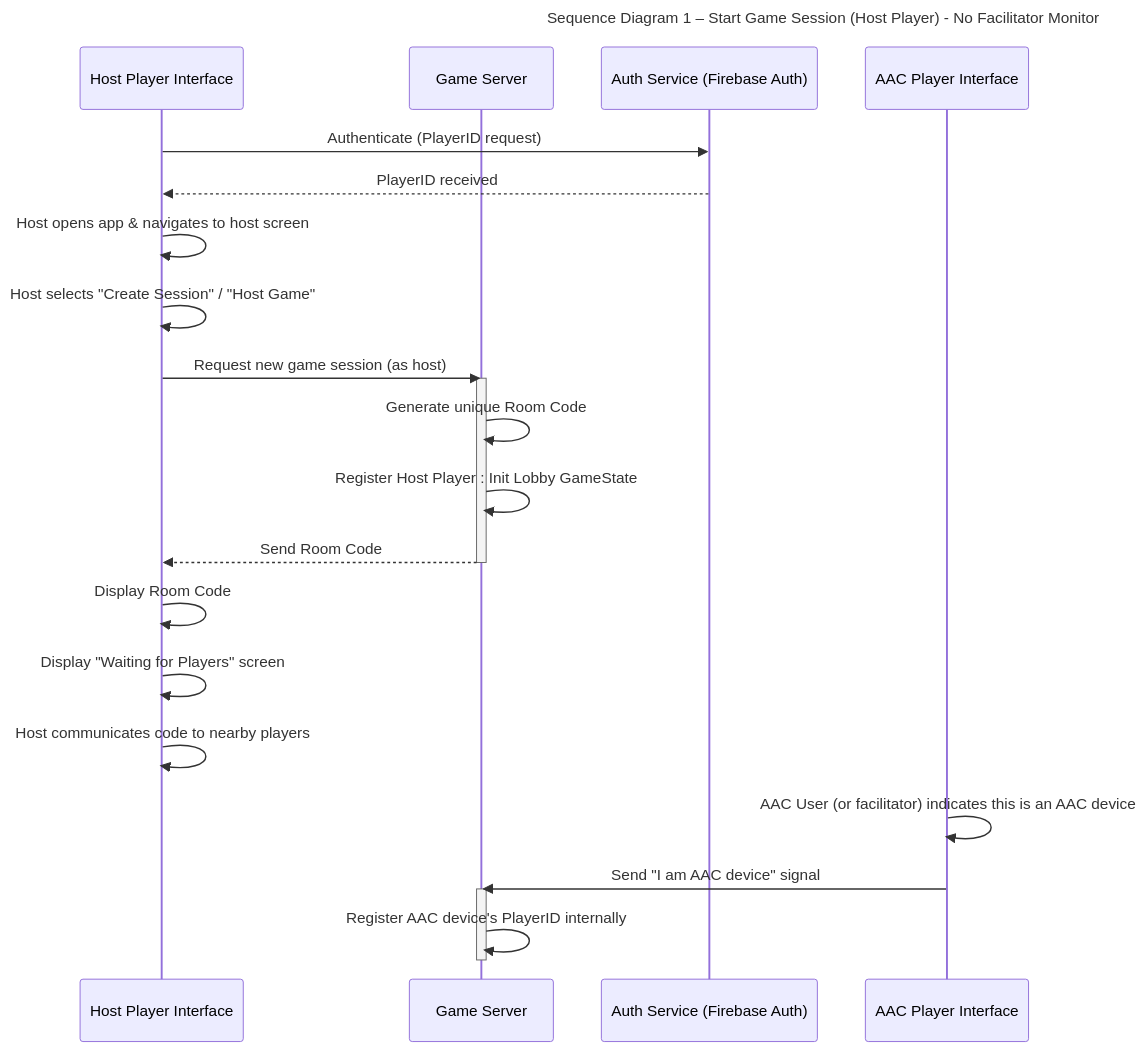
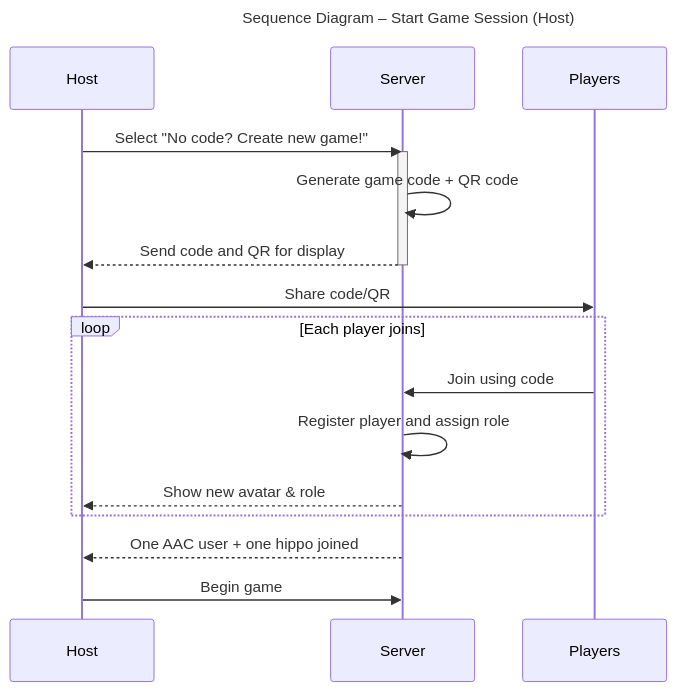
One commit to tug74295/project-acc-hungry-hippos changed the first of 7 diagrams in documentation/docs/system-architecture/sequence-diagrams.md. Above: the diagram before and after it, drawn with Mermaid. The commit also changed other lines of this file, not shown here.

Commit message:
update case 1 sequence diagram

````diff
--- a/documentation/docs/system-architecture/sequence-diagrams.md
+++ b/documentation/docs/system-architecture/sequence-diagrams.md
@@ -19,35 +15,28 @@
 ```mermaid
 ---
-title: Sequence Diagram 1 – Start Game Session (Host Player) - No Facilitator Monitor
+title: Sequence Diagram – Start Game Session (Host)
 ---
 
 sequenceDiagram
-    participant Host_Interface as Host Player Interface
-    participant Game_Server as Game Server
-    participant Auth_Service as Auth Service (Firebase Auth)
-    participant AAC_Interface as AAC Player Interface
+    participant Host
+    participant Server
+    participant Players
 
-    Host_Interface->>Auth_Service: Authenticate (PlayerID request)
-    Auth_Service-->>Host_Interface: PlayerID received
+    Host->>Server: Select "No code? Create new game!"
+    activate Server
+    Server->>Server: Generate game code + QR code
+    Server-->>Host: Send code and QR for display
+    deactivate Server
 
-    Host_Interface->>Host_Interface: Host opens app & navigates to host screen
-    Host_Interface->>Host_Interface: Host selects "Create Session" / "Host Game"
+    Host->>Players: Share code/QR
 
-    Host_Interface->>Game_Server: Request new game session (as host)
-    activate Game_Server
-    Game_Server->>Game_Server: Generate unique Room Code
-    Game_Server->>Game_Server: Register Host Player : Init Lobby GameState
-    Game_Server-->>Host_Interface: Send Room Code
-    deactivate Game_Server
+    loop Each player joins
+        Players->>Server: Join using code
+        Server->>Server: Register player and assign role
+        Server-->>Host: Show new avatar & role
+    end
 
-    Host_Interface->>Host_Interface: Display Room Code
-    Host_Interface->>Host_Interface: Display "Waiting for Players" screen
-    Host_Interface->>Host_Interface: Host communicates code to nearby players
+    Server-->>Host: One AAC user + one hippo joined
+    Host->>Server: Begin game
 
-    AAC_Interface->>AAC_Interface: AAC User (or facilitator) indicates this is an AAC device
-    AAC_Interface->>Game_Server: Send "I am AAC device" signal
-    activate Game_Server
-    Game_Server->>Game_Server: Register AAC device's PlayerID internally
-    deactivate Game_Server
-   
 ```
````
